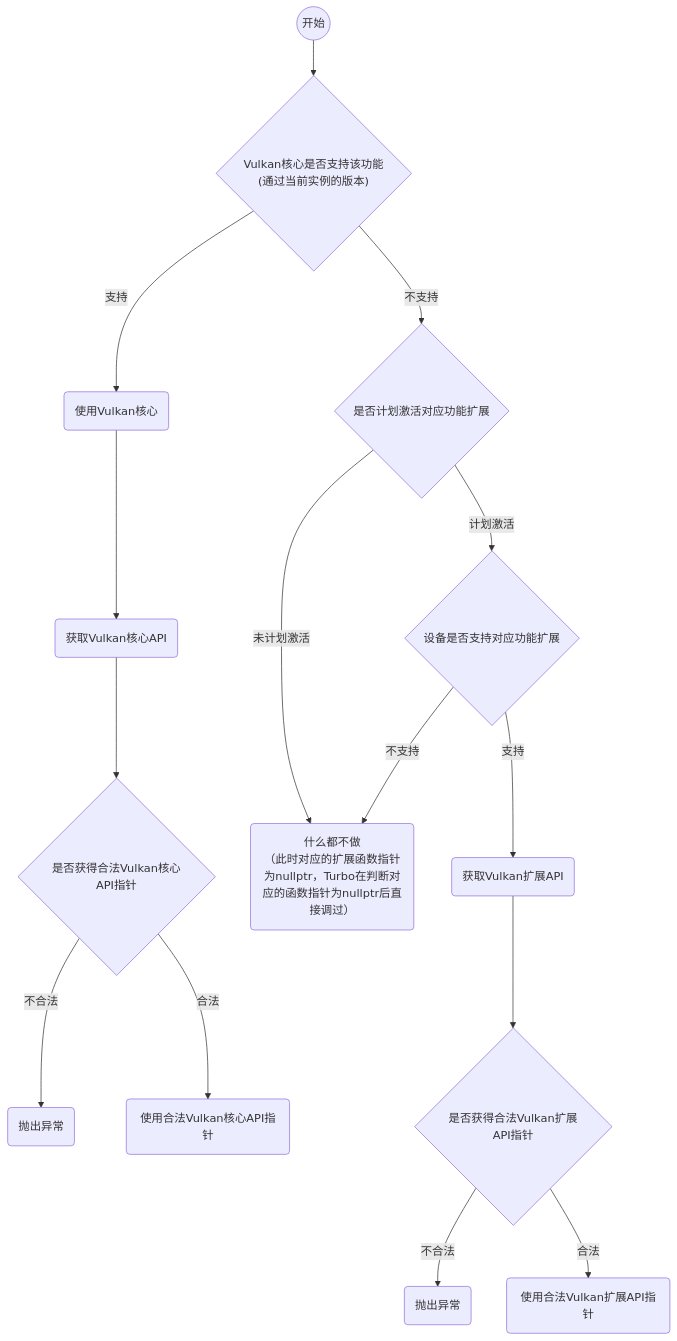
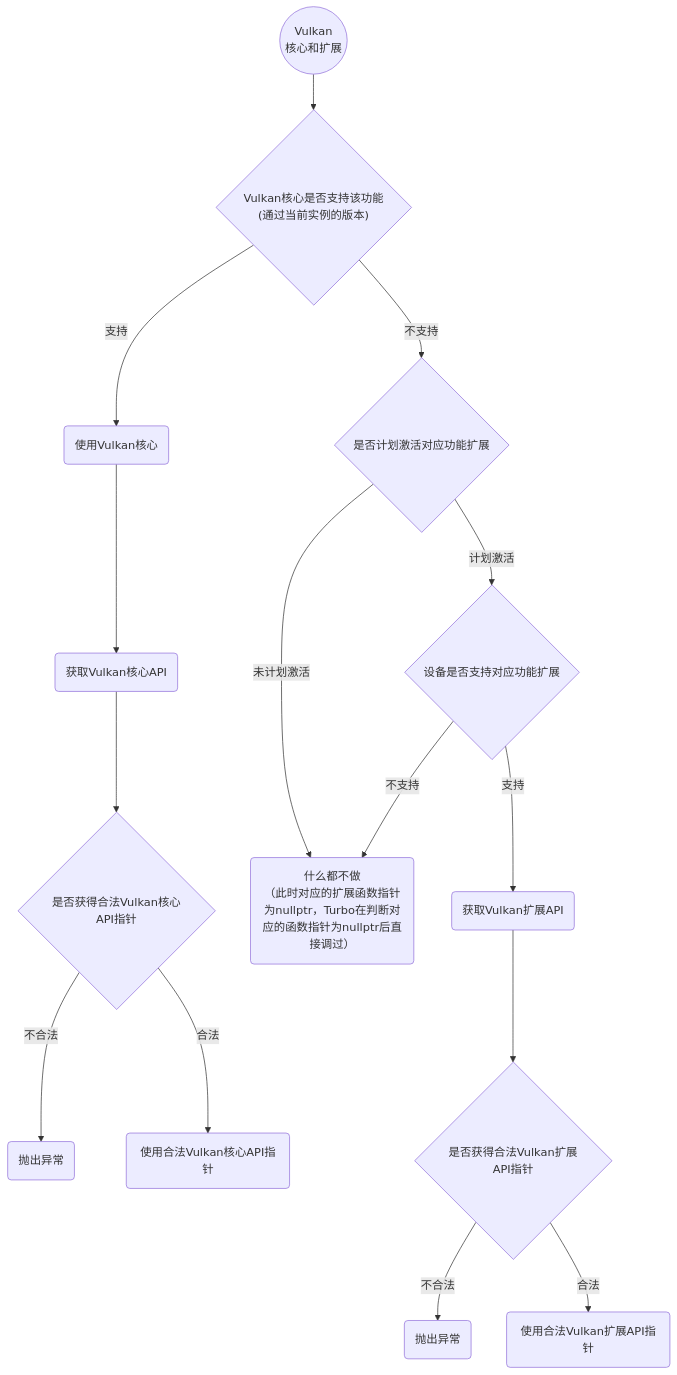
The third of 3 diagrams in docs/Design/Core.md (FuXiii/Turbo), drawn with Mermaid before and after one commit. The commit also changed other lines of this file and 5 other files, not shown here.

````diff
--- a/docs/Design/Core.md
+++ b/docs/Design/Core.md
@@ -155,33 +157,33 @@
 ```mermaid
 graph TD;
 
 ThrowException0("抛出异常")
 ThrowException1("抛出异常")
-Start(("开始"))
+Start(("Vulkan\n核心和扩展"))
 IfSupportInVulkanCore{"Vulkan核心是否支持该功能\n(通过当前实例的版本)"}
 UseVulkanCore("使用Vulkan核心")
 GetCoreVulkanAPI("获取Vulkan核心API")
 IsGetLegalVulkanCoreAPI{"是否获得合法Vulkan核心API指针"}
 UseLegalVulkanCoreAPI("使用合法Vulkan核心API指针")
 
 IfEnableExtension{"是否计划激活对应功能扩展"}
 IfSupportExtension{"设备是否支持对应功能扩展"}
 Donothing("什么都不做\n（此时对应的扩展函数指针为nullptr，Turbo在判断对应的函数指针为nullptr后直接调过）")
 GetExtensionVulkanAPI("获取Vulkan扩展API")
 IsExtensionVulkanAPILegal{"是否获得合法Vulkan扩展API指针"}
 UseLegalVulkanExtensionAPI("使用合法Vulkan扩展API指针")
 
 Start-->IfSupportInVulkanCore
 IfSupportInVulkanCore--支持-->UseVulkanCore-->GetCoreVulkanAPI-->IsGetLegalVulkanCoreAPI
 IsGetLegalVulkanCoreAPI--不合法-->ThrowException0
 IsGetLegalVulkanCoreAPI--合法-->UseLegalVulkanCoreAPI
 IfSupportInVulkanCore--不支持-->IfEnableExtension
 
 IfEnableExtension--未计划激活-->Donothing
 IfEnableExtension--计划激活-->IfSupportExtension--支持-->GetExtensionVulkanAPI
 IfSupportExtension--不支持-->Donothing
 
 GetExtensionVulkanAPI-->IsExtensionVulkanAPILegal
 IsExtensionVulkanAPILegal--不合法-->ThrowException1
 IsExtensionVulkanAPILegal--合法-->UseLegalVulkanExtensionAPI
 ```
````
